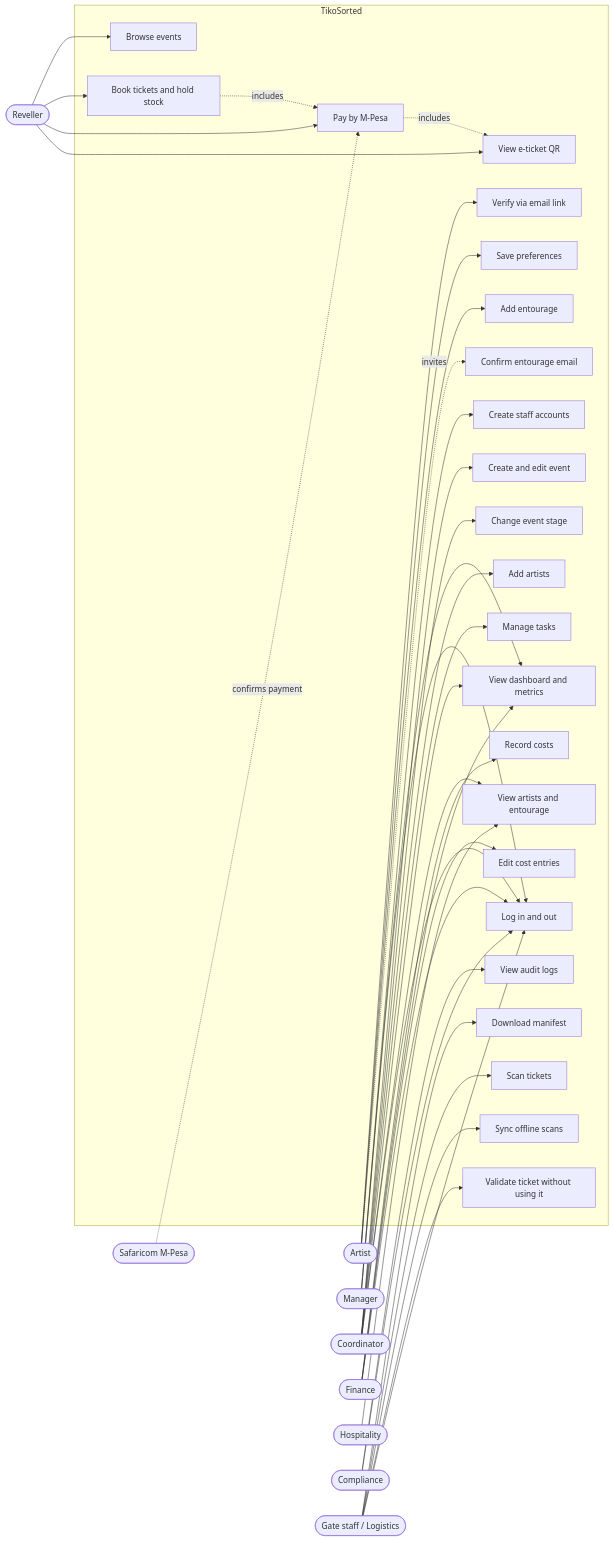
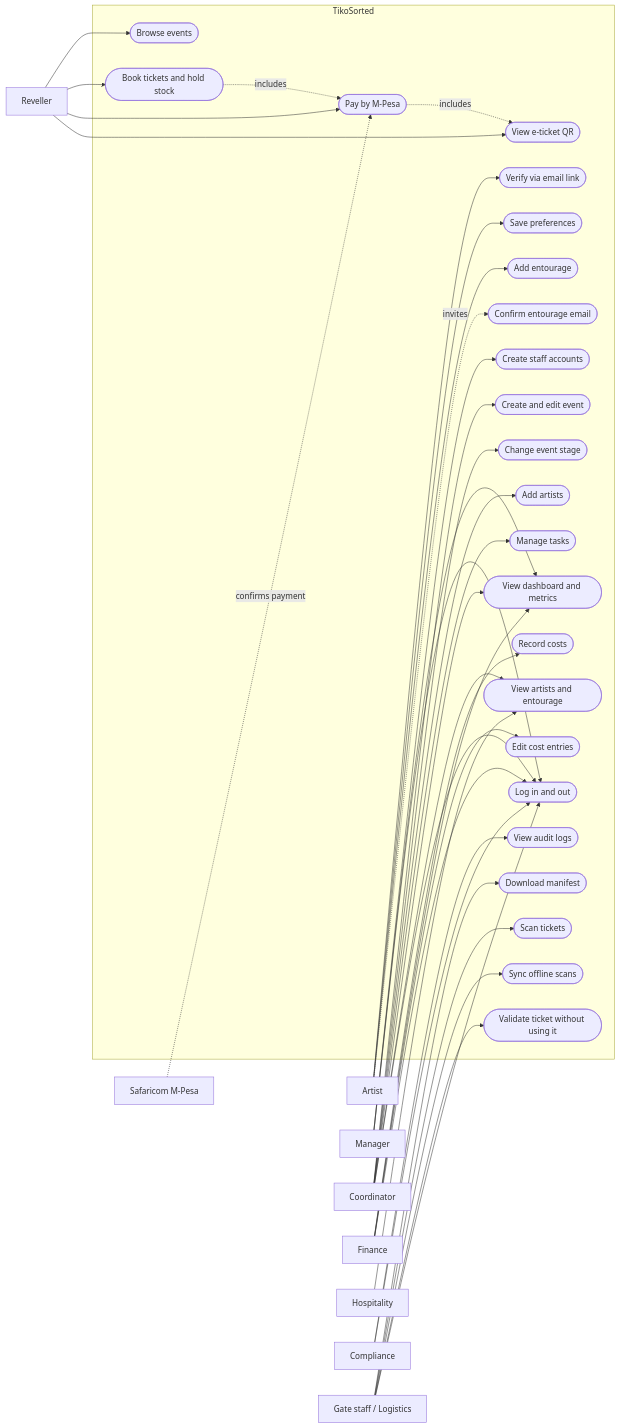
One commit to wmukhaga/backend-api changed the first of 9 diagrams in docs/technical/diagrams.md. Above: the diagram before and after it, drawn with Mermaid. The commit also changed other lines of this file and 2 other files, not shown here.

Commit message:
Correct UML use case diagram

````diff
--- a/docs/technical/diagrams.md
+++ b/docs/technical/diagrams.md
@@ -9,72 +13,72 @@
 ```mermaid
 flowchart LR
-  Rev([Reveller])
-  Art([Artist])
-  Mgr([Manager])
-  Coo([Coordinator])
-  Fin([Finance])
-  Hos([Hospitality])
-  Com([Compliance])
-  Gate([Gate staff / Logistics])
-  Saf([Safaricom M-Pesa])
+  Rev[Reveller]
+  Art[Artist]
+  Mgr[Manager]
+  Coo[Coordinator]
+  Fin[Finance]
+  Hos[Hospitality]
+  Com[Compliance]
+  Gate[Gate staff / Logistics]
+  Saf[Safaricom M-Pesa]
 
   subgraph System[TikoSorted]
-    U1[Browse events]
-    U2[Book tickets and hold stock]
-    U3[Pay by M-Pesa]
-    U4[View e-ticket QR]
-    U5[Verify via email link]
-    U6[Save preferences]
-    U7[Add entourage]
-    U8[Create staff accounts]
-    U9[Create and edit event]
-    U10[Change event stage]
-    U11[Add artists]
-    U12[Manage tasks]
-    U13[Record costs]
-    U14[View dashboard and metrics]
-    U15[View artists and entourage]
-    U16[View audit logs]
-    U17[Download manifest]
-    U18[Scan tickets]
-    U19[Sync offline scans]
-    U20[Log in and out]
-    U21[Validate ticket without using it]
-    U22[Confirm entourage email]
-    U23[Edit cost entries]
+    U1([Browse events])
+    U2([Book tickets and hold stock])
+    U3([Pay by M-Pesa])
+    U4([View e-ticket QR])
+    U5([Verify via email link])
+    U6([Save preferences])
+    U7([Add entourage])
+    U8([Create staff accounts])
+    U9([Create and edit event])
+    U10([Change event stage])
+    U11([Add artists])
+    U12([Manage tasks])
+    U13([Record costs])
+    U14([View dashboard and metrics])
+    U15([View artists and entourage])
+    U16([View audit logs])
+    U17([Download manifest])
+    U18([Scan tickets])
+    U19([Sync offline scans])
+    U20([Log in and out])
+    U21([Validate ticket without using it])
+    U22([Confirm entourage email])
+    U23([Edit cost entries])
   end
 
   Rev --> U1
   Rev --> U2
   Rev --> U3
   Rev --> U4
   Art --> U5
   Art --> U6
   Art --> U7
   Mgr --> U8
   Mgr --> U14
   Coo --> U9
   Coo --> U10
   Coo --> U11
   Coo --> U12
   Coo --> U14
   Coo --> U15
   Fin --> U13
   Fin --> U14
   Hos --> U15
   Com --> U16
   Gate --> U17
   Gate --> U18
   Gate --> U19
   Gate --> U21
   Art -.invites.-> U22
   Fin --> U23
   Mgr --> U20
   Coo --> U20
   Fin --> U20
   Com --> U20
   Gate --> U20
   Saf -.confirms payment.-> U3
   U2 -.includes.-> U3
   U3 -.includes.-> U4
 ```
````
